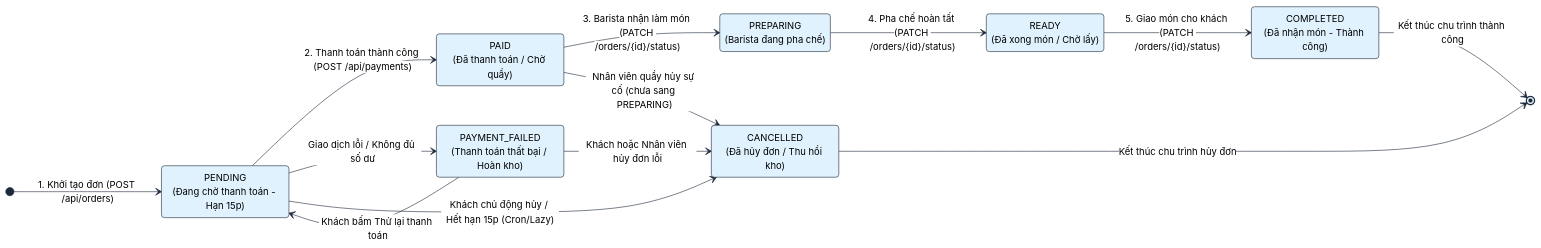
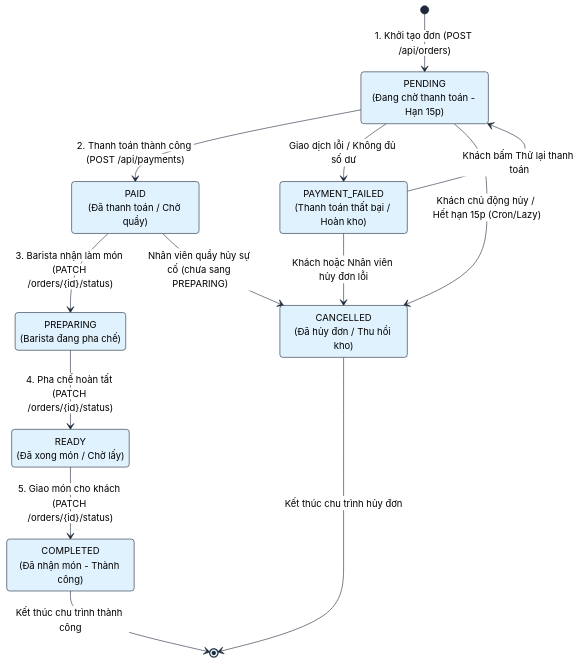
One commit to ThuanTran260/CNPM-BrewLite changed diagram 11 of 11 in docs/SYSTEM_ARCHITECTURE_DIAGRAMS.md. Above: the diagram before and after it, drawn with Mermaid. The commit also changed other lines of this file and 13 other files, not shown here.

````diff
--- a/docs/SYSTEM_ARCHITECTURE_DIAGRAMS.md
+++ b/docs/SYSTEM_ARCHITECTURE_DIAGRAMS.md
@@ -1147,54 +1150,54 @@
 ```mermaid
 %%{init: {
   'theme': 'base',
   'themeVariables': {
     'primaryColor': '#e0f2fe',
     'primaryTextColor': '#000000',
     'primaryBorderColor': '#1e293b',
     'lineColor': '#1e293b',
     'secondaryColor': '#fef3c7',
     'tertiaryColor': '#ffffff',
     'edgeLabelBackground':'#ffffff',
     'fontFamily': 'Segoe UI, Arial, sans-serif'
   }
 }}%%
 stateDiagram-v2
-    direction LR
+    direction TB
 
     [*] --> PENDING : 1. Khởi tạo đơn (POST /api/orders)
 
     state "PENDING<br>(Đang chờ thanh toán - Hạn 15p)" as PENDING
     state "PAYMENT_FAILED<br>(Thanh toán thất bại / Hoàn kho)" as PAYMENT_FAILED
     state "PAID<br>(Đã thanh toán / Chờ quầy)" as PAID
     state "PREPARING<br>(Barista đang pha chế)" as PREPARING
     state "READY<br>(Đã xong món / Chờ lấy)" as READY
     state "COMPLETED<br>(Đã nhận món - Thành công)" as COMPLETED
     state "CANCELLED<br>(Đã hủy đơn / Thu hồi kho)" as CANCELLED
 
     %% Luồng chuyển tiếp chuẩn (Happy Path)
     PENDING --> PAID : 2. Thanh toán thành công (POST /api/payments)
     PAID --> PREPARING : 3. Barista nhận làm món (PATCH /orders/{id}/status)
     PREPARING --> READY : 4. Pha chế hoàn tất (PATCH /orders/{id}/status)
     READY --> COMPLETED : 5. Giao món cho khách (PATCH /orders/{id}/status)
     COMPLETED --> [*] : Kết thúc chu trình thành công
 
     %% Nhánh xử lý lỗi thanh toán
     PENDING --> PAYMENT_FAILED : Giao dịch lỗi / Không đủ số dư
     PAYMENT_FAILED --> PENDING : Khách bấm Thử lại thanh toán
 
     %% Nhánh hủy đơn và hoàn trả kho
     PENDING --> CANCELLED : Khách chủ động hủy / Hết hạn 15p (Cron/Lazy)
     PAYMENT_FAILED --> CANCELLED : Khách hoặc Nhân viên hủy đơn lỗi
     PAID --> CANCELLED : Nhân viên quầy hủy sự cố (chưa sang PREPARING)
     CANCELLED --> [*] : Kết thúc chu trình hủy đơn
 
     classDef successState fill:#dcfce7,stroke:#1e293b,color:#000000,stroke-width:2px;
     classDef failedState fill:#fee2e2,stroke:#1e293b,color:#000000,stroke-width:2px;
     classDef cancelState fill:#f1f5f9,stroke:#1e293b,color:#000000,stroke-width:2px;
     classDef activeState fill:#e0f2fe,stroke:#1e293b,color:#000000,stroke-width:2px;
 
     class PENDING,PAID,PREPARING,READY activeState;
     class COMPLETED successState;
     class PAYMENT_FAILED failedState;
     class CANCELLED cancelState;
 ```
````
